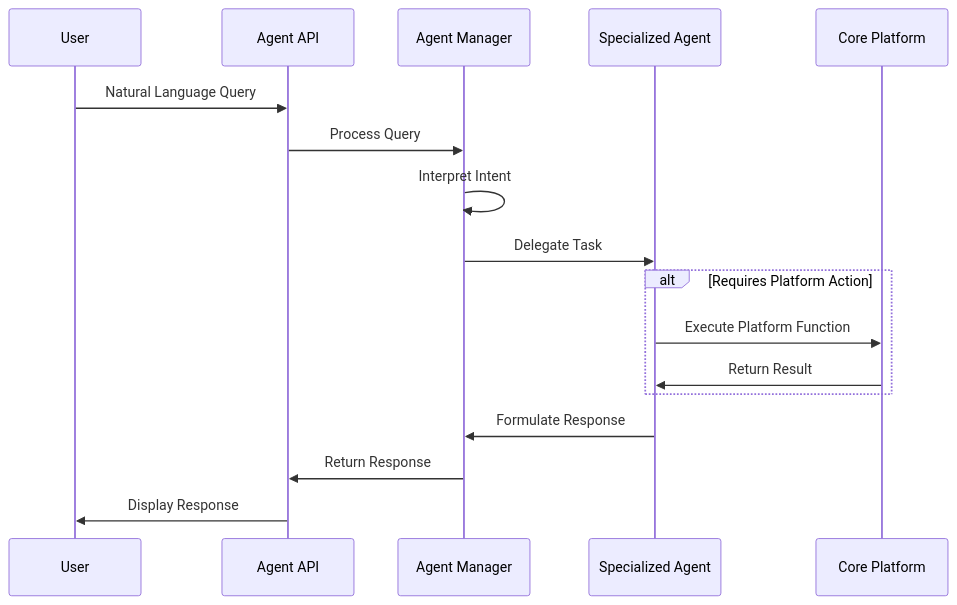
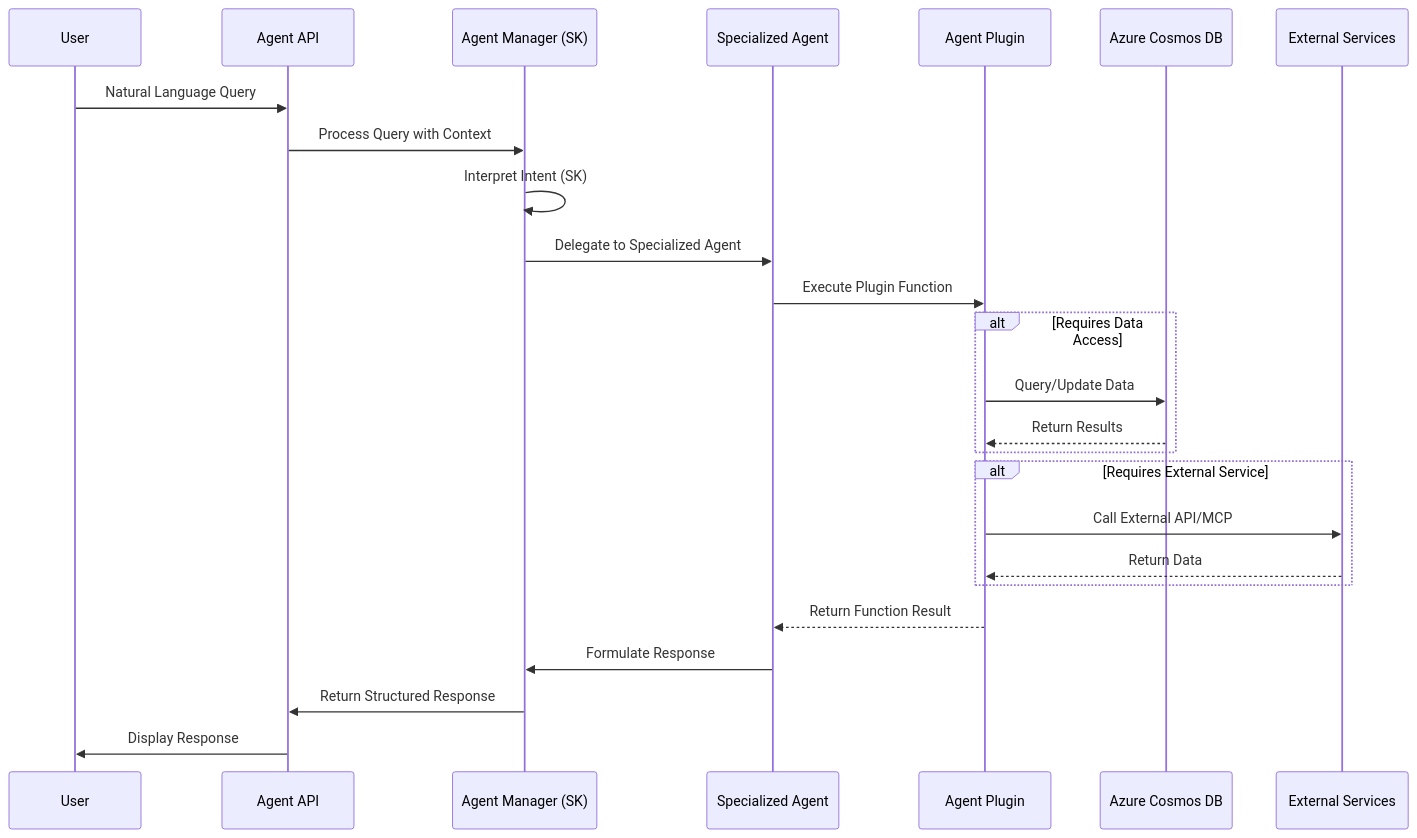
The second of 2 diagrams in README.md (kimtth/agentic-connected-vehicle-platform), drawn with Mermaid before and after one commit. The commit also changed other lines of this file and 17 other files, not shown here.

````diff
--- a/README.md
+++ b/README.md
@@ -103,22 +84,31 @@
 ```mermaid
 sequenceDiagram
     participant User
     participant API as Agent API
-    participant Manager as Agent Manager
+    participant Manager as Agent Manager (SK)
     participant Agent as Specialized Agent
-    participant Core as Core Platform
+    participant Plugin as Agent Plugin
+    participant Cosmos as Azure Cosmos DB
+    participant External as External Services
     
     User->>API: Natural Language Query
-    API->>Manager: Process Query
-    Manager->>Manager: Interpret Intent
-    Manager->>Agent: Delegate Task
+    API->>Manager: Process Query with Context
+    Manager->>Manager: Interpret Intent (SK)
+    Manager->>Agent: Delegate to Specialized Agent
+    Agent->>Plugin: Execute Plugin Function
     
-    alt Requires Platform Action
-        Agent->>Core: Execute Platform Function
-        Core->>Agent: Return Result
+    alt Requires Data Access
+        Plugin->>Cosmos: Query/Update Data
+        Cosmos-->>Plugin: Return Results
     end
     
+    alt Requires External Service
+        Plugin->>External: Call External API/MCP
+        External-->>Plugin: Return Data
+    end
+    
+    Plugin-->>Agent: Return Function Result
     Agent->>Manager: Formulate Response
-    Manager->>API: Return Response
+    Manager->>API: Return Structured Response
     API->>User: Display Response
 ```
````
